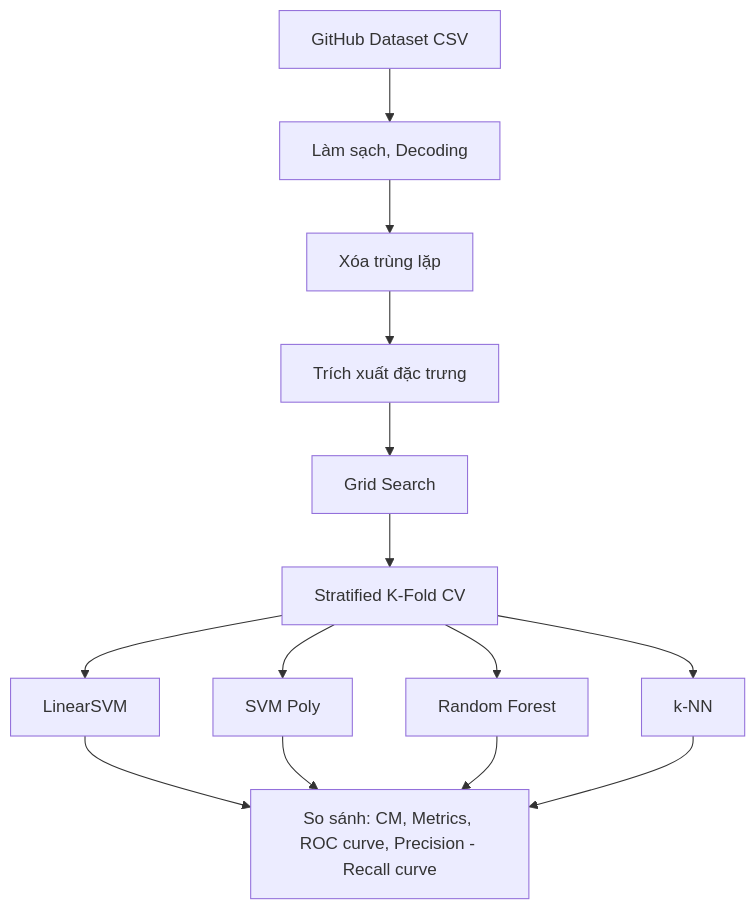
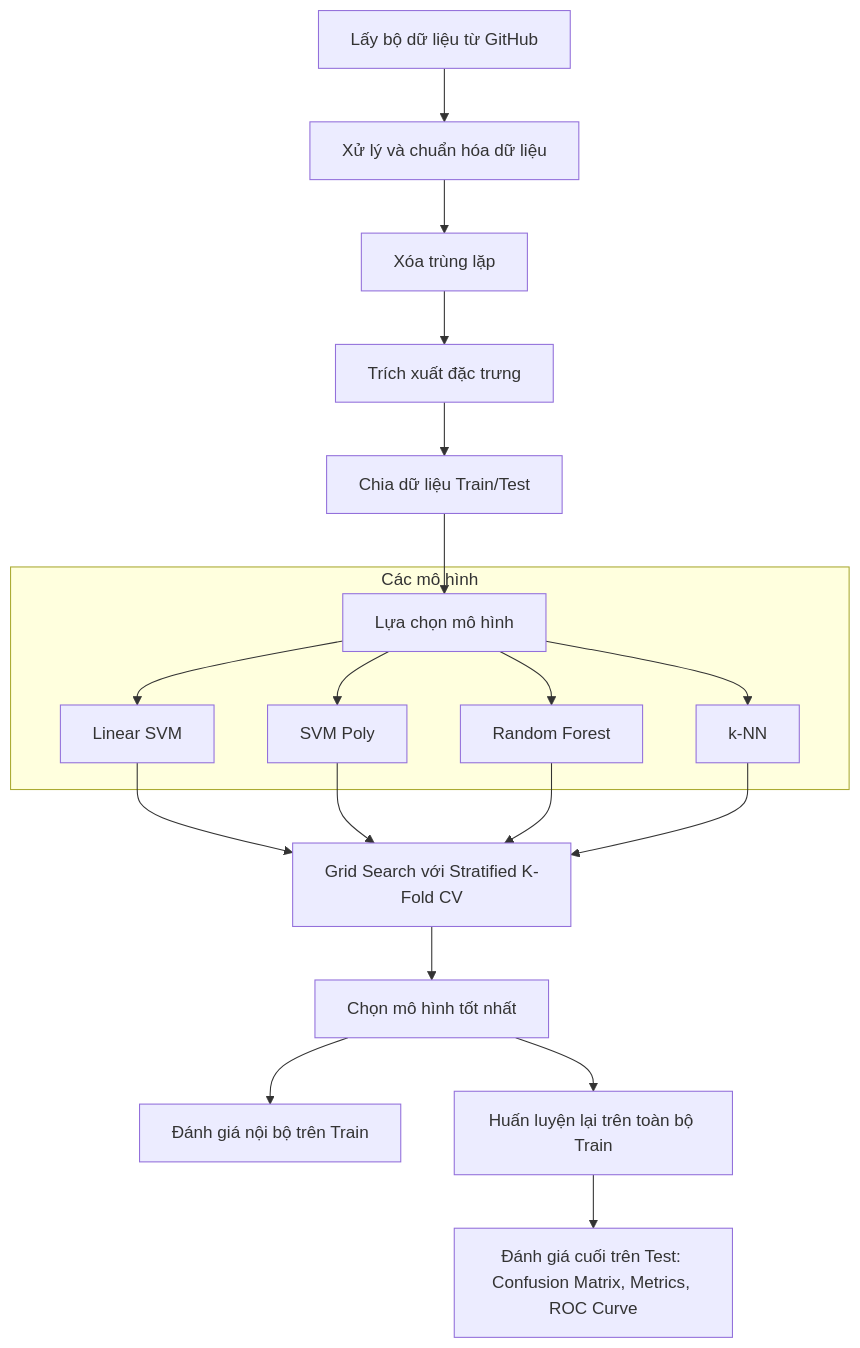
The first of 2 diagrams in README.md (Tu4n4nh/HocMayTrongATTT), drawn with Mermaid before and after one commit. The commit also changed other lines of this file and 11 other files, not shown here.

````diff
--- a/README.md
+++ b/README.md
@@ -279,25 +92,37 @@
 ```mermaid
 flowchart TD
-    A[GitHub Dataset CSV]
-    B[Làm sạch, Decoding]
+    A[Lấy bộ dữ liệu từ GitHub]
+    B[Xử lý và chuẩn hóa dữ liệu]
     C[Xóa trùng lặp]
     D[Trích xuất đặc trưng]
-    E[Grid Search]
-    F[Stratified K-Fold CV]
-    G1[LinearSVM]
-    G2[SVM Poly]
-    G3[Random Forest]
-    G4[k-NN]
-    H[So sánh: CM, Metrics, ROC curve, Precision - Recall curve]
+    E[Chia dữ liệu Train/Test]
+    G[Grid Search với Stratified K-Fold CV]
+    H[Chọn mô hình tốt nhất]
+
+    subgraph MODELS[Các mô hình]
+        F[Lựa chọn mô hình]
+        M1[Linear SVM]
+        M2[SVM Poly]
+        M3[Random Forest]
+        M4[k-NN]
+    end
+
+    H1[Đánh giá nội bộ trên Train]
+    H2[Huấn luyện lại trên toàn bộ Train]
+    I[Đánh giá cuối trên Test: Confusion Matrix, Metrics, ROC Curve]
 
     A --> B --> C --> D --> E
-    E -->F
-    F --> G1
-    F --> G2
-    F --> G3
-    F -->G4
-    G1 --> H
-    G2 --> H
-    G3 --> H
-    G4 --> H
+    E --> F
+    F --> M1
+    F --> M2
+    F --> M3
+    F --> M4
+    M1 --> G
+    M2 --> G
+    M3 --> G
+    M4 --> G
+    G --> H
+    H --> H1
+    H --> H2
+    H2 --> I
 ```
````
